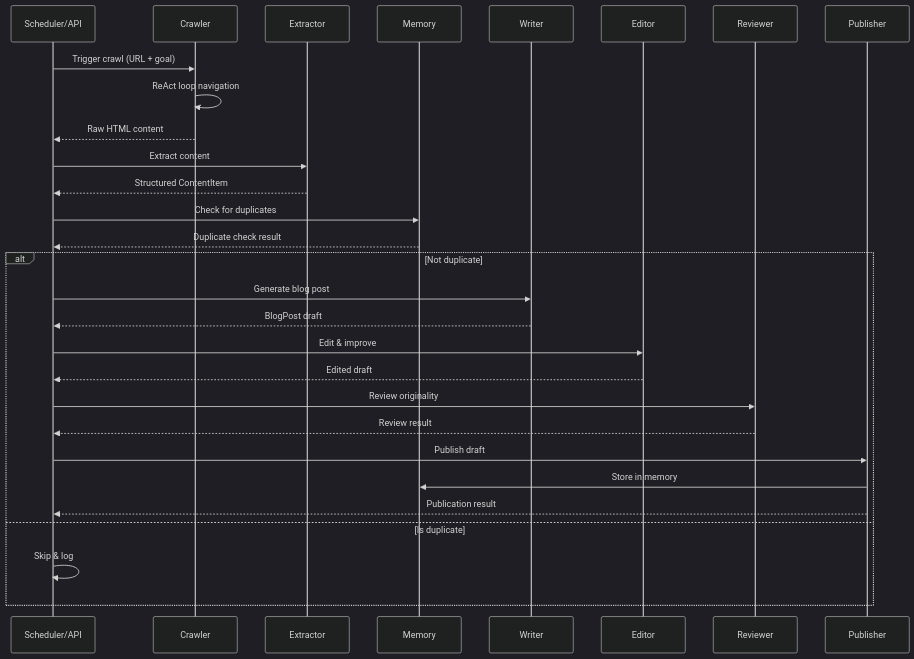
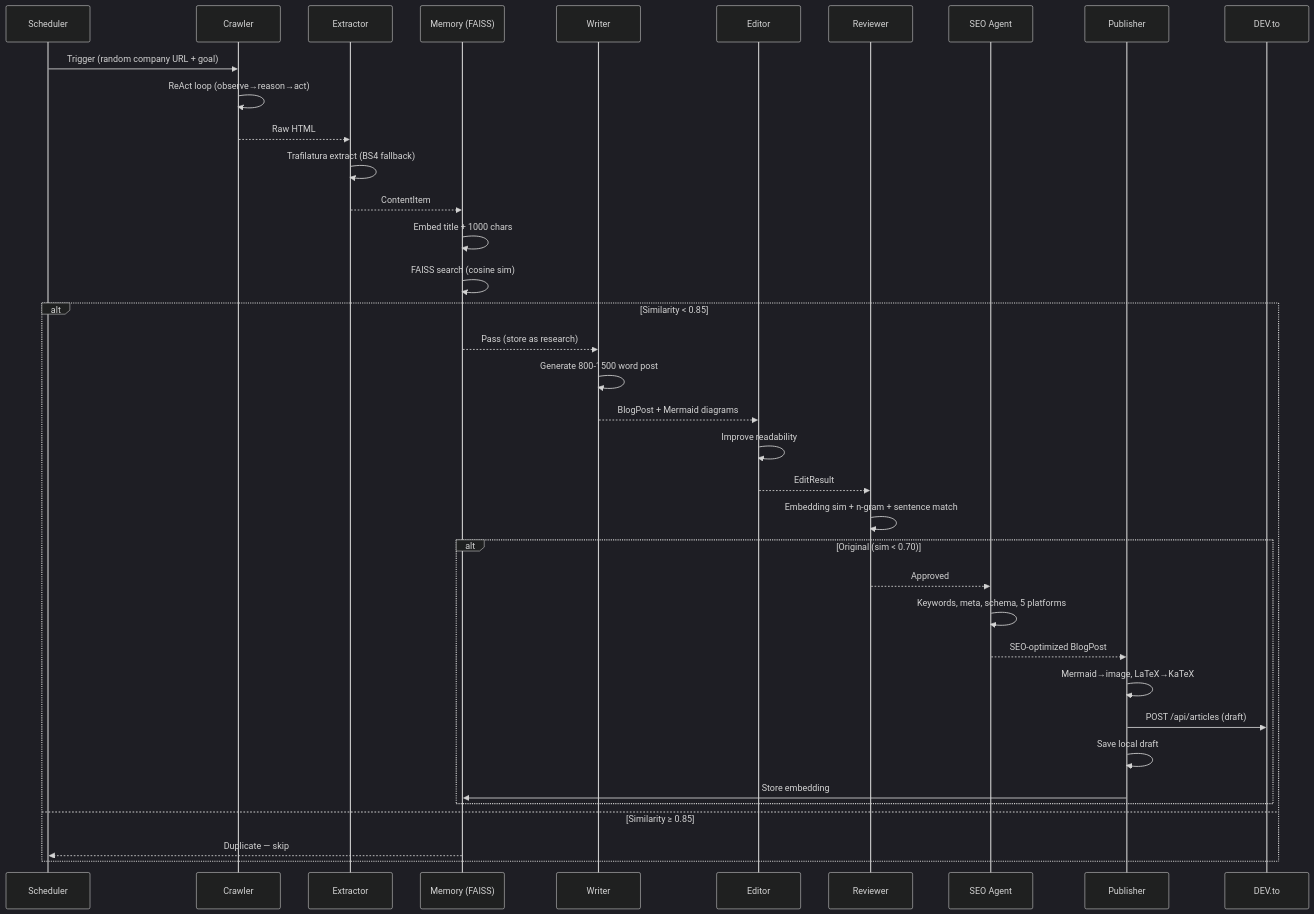
Before and after one commit to karan-kr-451/blogAgent: the second of 2 diagrams in README.md, drawn with Mermaid (dark theme). The commit also changed other lines of this file and 2 other files, not shown here.

Commit message:
feat: add SEO agent and workflow API endpoints while updating documentation for the complete autonomous pipeline

````diff
--- a/README.md
+++ b/README.md
@@ -222,38 +227,43 @@
 ```mermaid
 sequenceDiagram
-    participant S as Scheduler/API
+    participant SCH as Scheduler
     participant C as Crawler
     participant E as Extractor
-    participant M as Memory
+    participant M as Memory (FAISS)
     participant W as Writer
     participant ED as Editor
     participant R as Reviewer
+    participant SEO as SEO Agent
     participant P as Publisher
-    
-    S->>C: Trigger crawl (URL + goal)
-    C->>C: ReAct loop navigation
-    C-->>S: Raw HTML content
-    
-    S->>E: Extract content
-    E-->>S: Structured ContentItem
-    
-    S->>M: Check for duplicates
-    M-->>S: Duplicate check result
-    
-    alt Not duplicate
-        S->>W: Generate blog post
-        W-->>S: BlogPost draft
-        
-        S->>ED: Edit & improve
-        ED-->>S: Edited draft
-        
-        S->>R: Review originality
-        R-->>S: Review result
-        
-        S->>P: Publish draft
-        P->>M: Store in memory
-        P-->>S: Publication result
-    else Is duplicate
-        S->>S: Skip & log
+    participant DEV as DEV.to
+
+    SCH->>C: Trigger (random company URL + goal)
+    C->>C: ReAct loop (observe→reason→act)
+    C-->>E: Raw HTML
+
+    E->>E: Trafilatura extract (BS4 fallback)
+    E-->>M: ContentItem
+
+    M->>M: Embed title + 1000 chars
+    M->>M: FAISS search (cosine sim)
+
+    alt Similarity < 0.85
+        M-->>W: Pass (store as research)
+        W->>W: Generate 800-1500 word post
+        W-->>ED: BlogPost + Mermaid diagrams
+        ED->>ED: Improve readability
+        ED-->>R: EditResult
+        R->>R: Embedding sim + n-gram + sentence match
+        alt Original (sim < 0.70)
+            R-->>SEO: Approved
+            SEO->>SEO: Keywords, meta, schema, 5 platforms
+            SEO-->>P: SEO-optimized BlogPost
+            P->>P: Mermaid→image, LaTeX→KaTeX
+            P->>DEV: POST /api/articles (draft)
+            P->>P: Save local draft
+            P->>M: Store embedding
+        end
+    else Similarity ≥ 0.85
+        M-->>SCH: Duplicate — skip
     end
 ```
````
